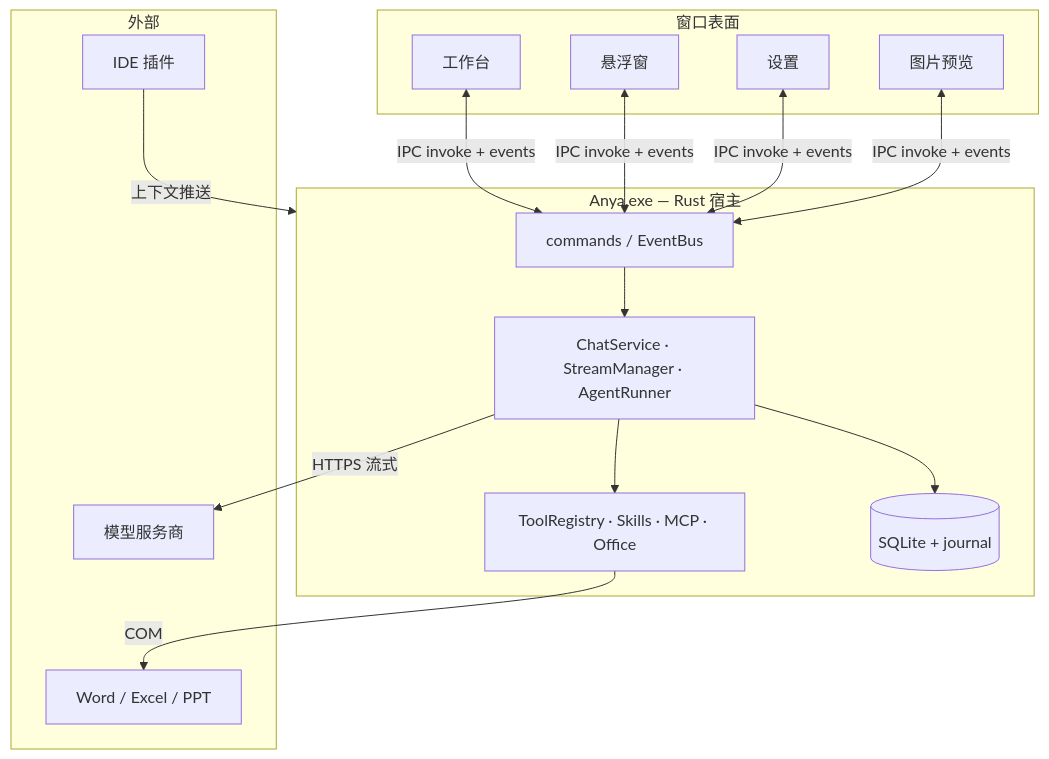
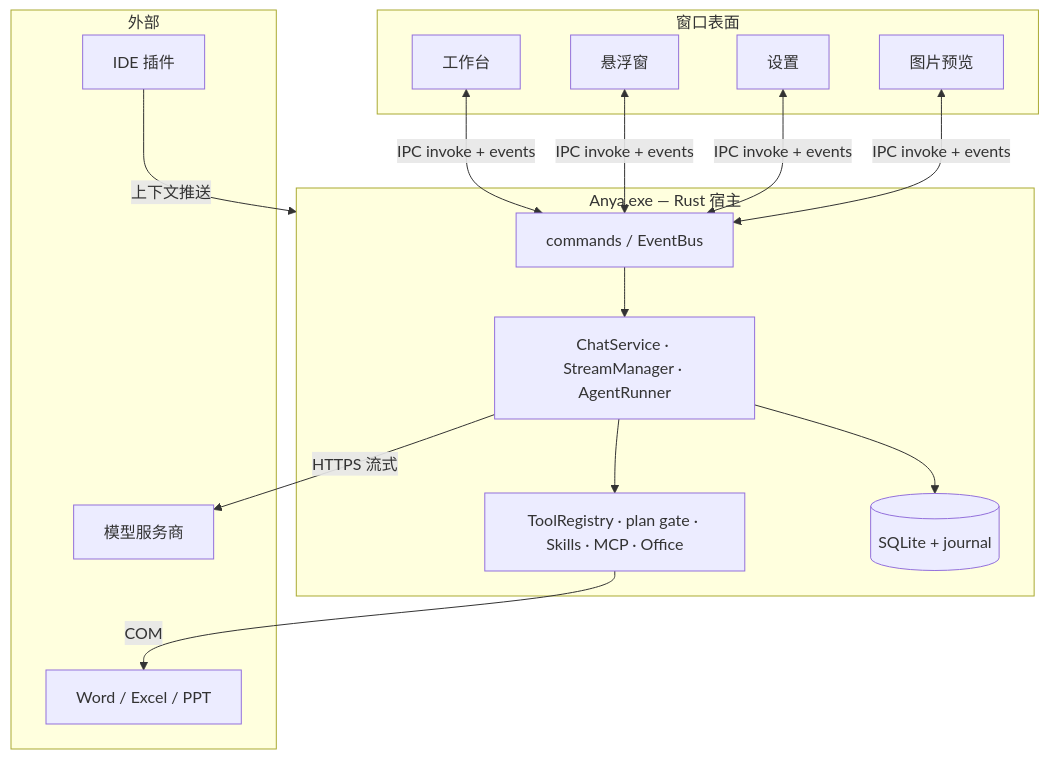
One commit to rururunu/AAAi changed the diagram in README.zh-CN.md. Above: the diagram before and after it, drawn with Mermaid. The commit also changed other lines of this file and 45 other files, not shown here.

````diff
--- a/README.zh-CN.md
+++ b/README.zh-CN.md
@@ -183,30 +184,30 @@
 ```mermaid
 flowchart TB
   subgraph Surfaces["窗口表面"]
     WB[工作台]
     OV[悬浮窗]
     ST[设置]
     PV[图片预览]
   end
 
   subgraph Host["Anya.exe — Rust 宿主"]
     CMD[commands / EventBus]
     CHAT[ChatService · StreamManager · AgentRunner]
-    TOOLS[ToolRegistry · Skills · MCP · Office]
+    TOOLS[ToolRegistry · plan gate · Skills · MCP · Office]
     STORE[(SQLite + journal)]
   end
 
   subgraph External["外部"]
     LLM[模型服务商]
     IDE[IDE 插件]
     OFFICE[Word / Excel / PPT]
   end
 
   WB & OV & ST & PV <-->|IPC invoke + events| CMD
   CMD --> CHAT
   CHAT --> TOOLS
   CHAT --> STORE
   CHAT -->|HTTPS 流式| LLM
   IDE -->|上下文推送| Host
   TOOLS -->|COM| OFFICE
 ```
````
